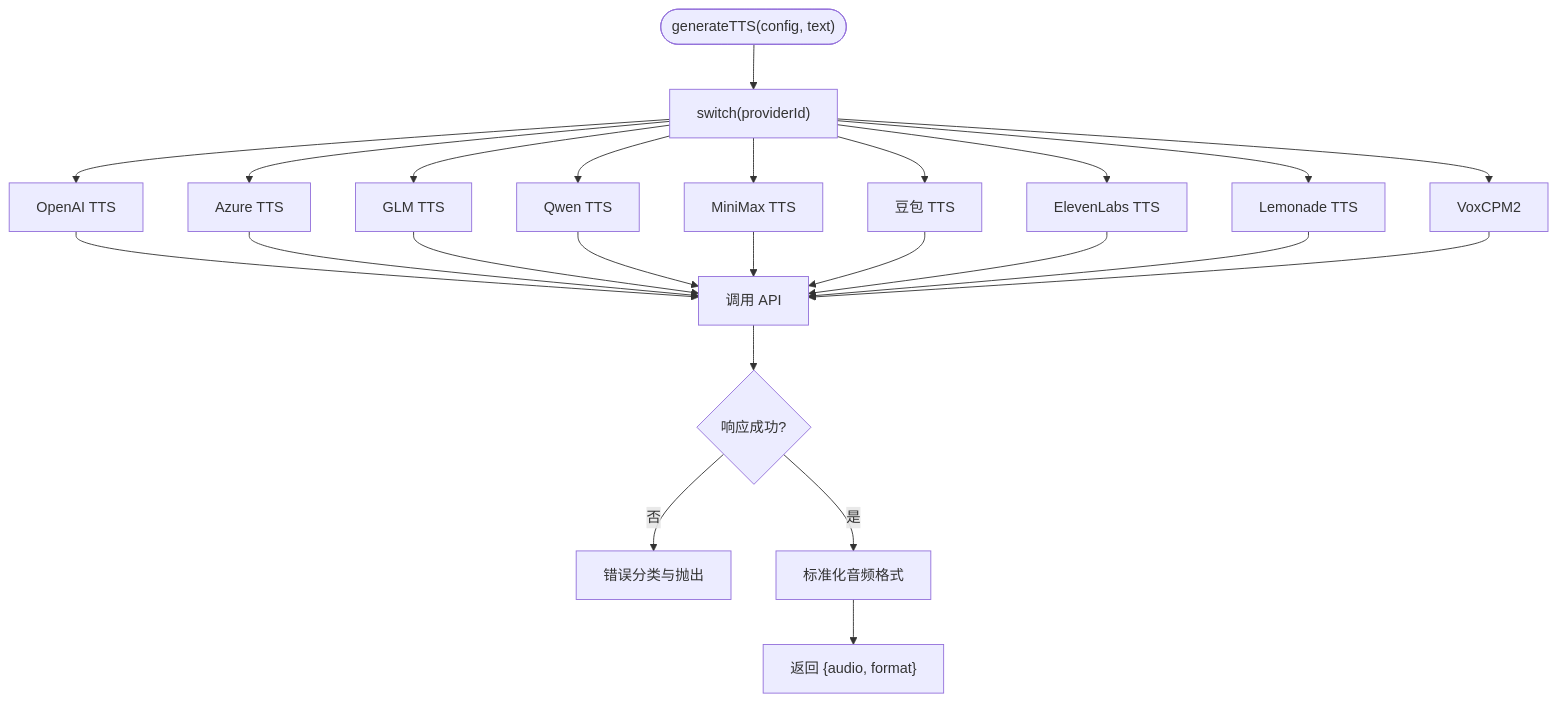
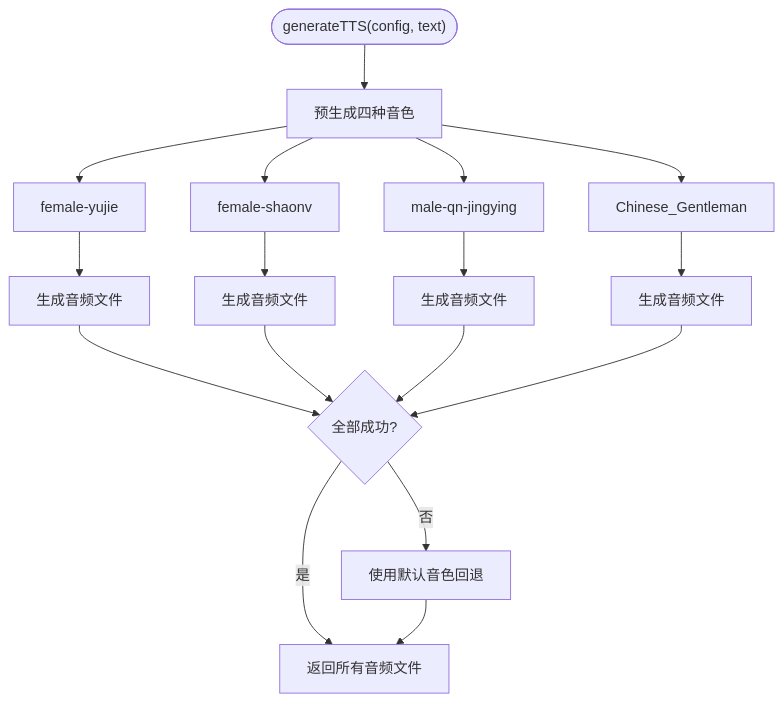
The sixth of 10 diagrams in .qoder/repowiki/zh/content/外部服务集成/外部服务集成.md (huangboheng/OpenMAIC), drawn with Mermaid before and after one commit. The commit also changed other lines of this file and 9 other files, not shown here.

````diff
--- a/.qoder/repowiki/zh/content/外部服务集成/外部服务集成.md
+++ b/.qoder/repowiki/zh/content/外部服务集成/外部服务集成.md
@@ -290,26 +307,19 @@
 ```mermaid
 flowchart TD
-Entry(["generateTTS(config, text)"]) --> Switch["switch(providerId)"]
-Switch --> OpenAI["OpenAI TTS"]
-Switch --> Azure["Azure TTS"]
-Switch --> GLM["GLM TTS"]
-Switch --> Qwen["Qwen TTS"]
-Switch --> MiniMax["MiniMax TTS"]
-Switch --> Doubao["豆包 TTS"]
-Switch --> ElevenLabs["ElevenLabs TTS"]
-Switch --> Lemonade["Lemonade TTS"]
-Switch --> VoxCPM["VoxCPM2"]
-OpenAI --> Call["调用 API"]
-Azure --> Call
-GLM --> Call
-Qwen --> Call
-MiniMax --> Call
-Doubao --> Call
-ElevenLabs --> Call
-Lemonade --> Call
-VoxCPM --> Call
-Call --> OK{"响应成功?"}
-OK --> |否| Error["错误分类与抛出"]
-OK --> |是| Format["标准化音频格式"]
-Format --> Return["返回 {audio, format}"]
+Entry(["generateTTS(config, text)"]) --> PreGen["预生成四种音色"]
+PreGen --> Voice1["female-yujie"]
+PreGen --> Voice2["female-shaonv"]
+PreGen --> Voice3["male-qn-jingying"]
+PreGen --> Voice4["Chinese_Gentleman"]
+Voice1 --> Generate1["生成音频文件"]
+Voice2 --> Generate2["生成音频文件"]
+Voice3 --> Generate3["生成音频文件"]
+Voice4 --> Generate4["生成音频文件"]
+Generate1 --> Success{"全部成功?"}
+Generate2 --> Success
+Generate3 --> Success
+Generate4 --> Success
+Success --> |是| Return["返回所有音频文件"]
+Success --> |否| Fallback["使用默认音色回退"]
+Fallback --> Return
 ```
````
